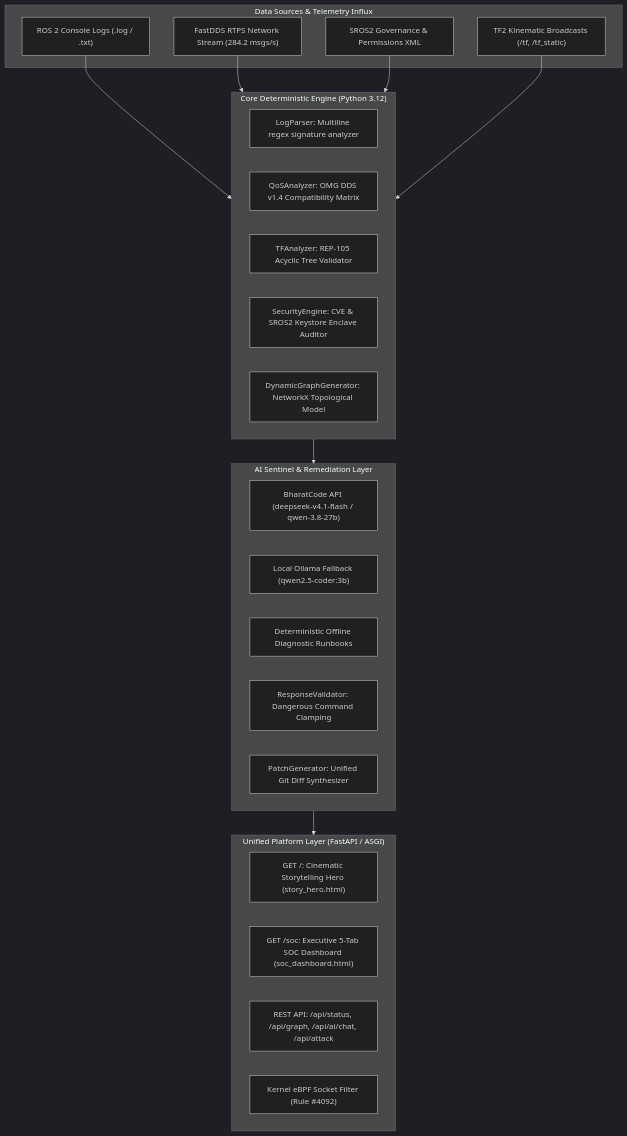
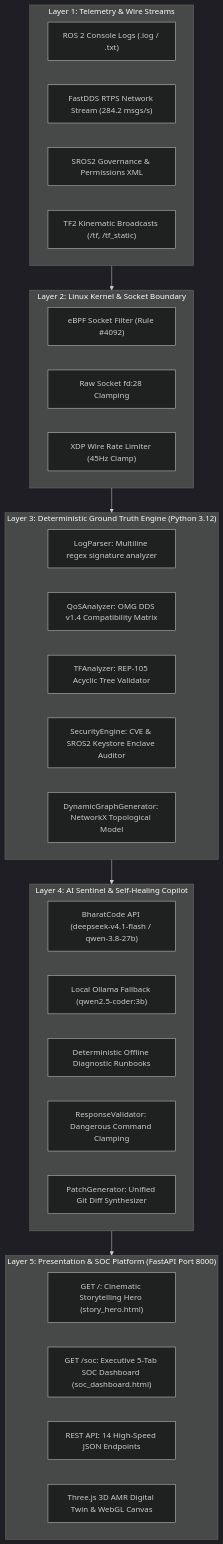
The second of 7 diagrams in README.md (Neo-0013/BharathCode), drawn with Mermaid (dark theme) before and after one commit. The commit also changed other lines of this file, not shown here.

Commit message:
docs: enrich README with conceptual diagrams, architecture flow, and deep-dive technical explanations

````diff
--- a/README.md
+++ b/README.md
@@ -108,36 +117,43 @@
 ```mermaid
 flowchart TD
-    subgraph DataSources ["Data Sources & Telemetry Influx"]
+    subgraph DataSources ["Layer 1: Telemetry & Wire Streams"]
         A1["ROS 2 Console Logs (.log / .txt)"]
         A2["FastDDS RTPS Network Stream (284.2 msgs/s)"]
         A3["SROS2 Governance & Permissions XML"]
         A4["TF2 Kinematic Broadcasts (/tf, /tf_static)"]
     end
 
-    subgraph CoreEngine ["Core Deterministic Engine (Python 3.12)"]
+    subgraph KernelBoundary ["Layer 2: Linux Kernel & Socket Boundary"]
+        K1["eBPF Socket Filter (Rule #4092)"]
+        K2["Raw Socket fd:28 Clamping"]
+        K3["XDP Wire Rate Limiter (45Hz Clamp)"]
+    end
+
+    subgraph CoreEngine ["Layer 3: Deterministic Ground Truth Engine (Python 3.12)"]
         B1["LogParser: Multiline regex signature analyzer"]
         B2["QoSAnalyzer: OMG DDS v1.4 Compatibility Matrix"]
         B3["TFAnalyzer: REP-105 Acyclic Tree Validator"]
         B4["SecurityEngine: CVE & SROS2 Keystore Enclave Auditor"]
         B5["DynamicGraphGenerator: NetworkX Topological Model"]
     end
 
-    subgraph AISentinel ["AI Sentinel & Remediation Layer"]
+    subgraph AISentinel ["Layer 4: AI Sentinel & Self-Healing Copilot"]
         C1["BharatCode API (deepseek-v4.1-flash / qwen-3.8-27b)"]
         C2["Local Ollama Fallback (qwen2.5-coder:3b)"]
         C3["Deterministic Offline Diagnostic Runbooks"]
         C4["ResponseValidator: Dangerous Command Clamping"]
         C5["PatchGenerator: Unified Git Diff Synthesizer"]
     end
 
-    subgraph WebPlatform ["Unified Platform Layer (FastAPI / ASGI)"]
+    subgraph WebPlatform ["Layer 5: Presentation & SOC Platform (FastAPI Port 8000)"]
         D1["GET /: Cinematic Storytelling Hero (story_hero.html)"]
         D2["GET /soc: Executive 5-Tab SOC Dashboard (soc_dashboard.html)"]
-        D3["REST API: /api/status, /api/graph, /api/ai/chat, /api/attack"]
-        D4["Kernel eBPF Socket Filter (Rule #4092)"]
+        D3["REST API: 14 High-Speed JSON Endpoints"]
+        D4["Three.js 3D AMR Digital Twin & WebGL Canvas"]
     end
 
-    A1 & A2 & A3 & A4 --> CoreEngine
+    DataSources --> KernelBoundary
+    KernelBoundary --> CoreEngine
     CoreEngine --> AISentinel
     AISentinel --> WebPlatform
 ```
````
